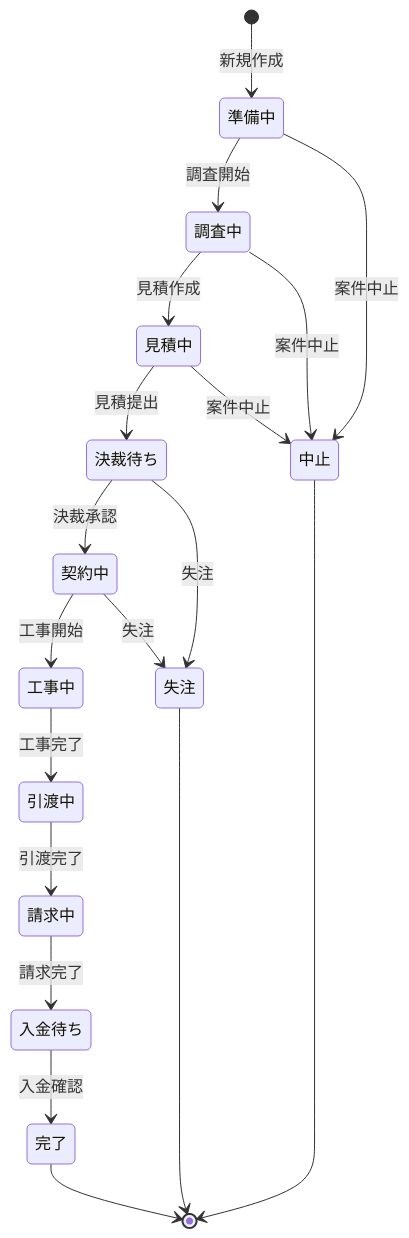
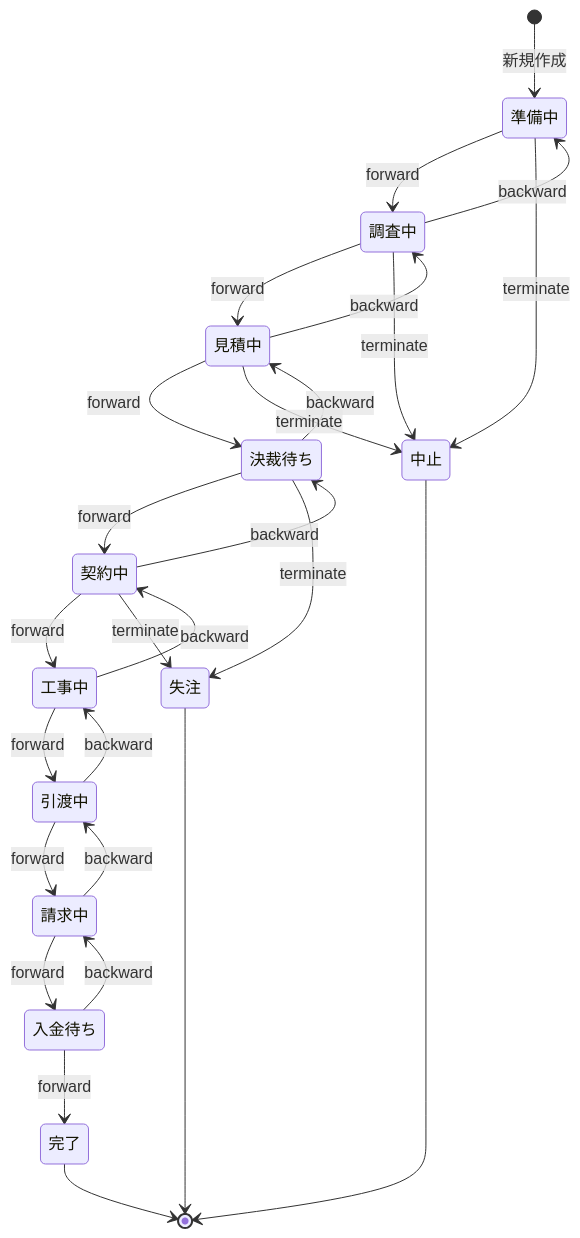
The third of 5 diagrams in .kiro/specs/project-management/design.md (inakanou/ArchiTrack), drawn with Mermaid before and after one commit. The commit also changed other lines of this file and 1 other file, not shown here.

````diff
--- a/.kiro/specs/project-management/design.md
+++ b/.kiro/specs/project-management/design.md
@@ -146,21 +149,36 @@
 ```mermaid
 stateDiagram-v2
     [*] --> 準備中: 新規作成
-    準備中 --> 調査中: 調査開始
-    準備中 --> 中止: 案件中止
-    調査中 --> 見積中: 見積作成
-    調査中 --> 中止: 案件中止
-    見積中 --> 決裁待ち: 見積提出
-    見積中 --> 中止: 案件中止
-    決裁待ち --> 契約中: 決裁承認
-    決裁待ち --> 失注: 失注
-    契約中 --> 工事中: 工事開始
-    契約中 --> 失注: 失注
-    工事中 --> 引渡中: 工事完了
-    引渡中 --> 請求中: 引渡完了
-    請求中 --> 入金待ち: 請求完了
-    入金待ち --> 完了: 入金確認
+
+    %% Forward transitions (順方向遷移)
+    準備中 --> 調査中: forward
+    調査中 --> 見積中: forward
+    見積中 --> 決裁待ち: forward
+    決裁待ち --> 契約中: forward
+    契約中 --> 工事中: forward
+    工事中 --> 引渡中: forward
+    引渡中 --> 請求中: forward
+    請求中 --> 入金待ち: forward
+    入金待ち --> 完了: forward
+
+    %% Backward transitions (差し戻し遷移)
+    調査中 --> 準備中: backward
+    見積中 --> 調査中: backward
+    決裁待ち --> 見積中: backward
+    契約中 --> 決裁待ち: backward
+    工事中 --> 契約中: backward
+    引渡中 --> 工事中: backward
+    請求中 --> 引渡中: backward
+    入金待ち --> 請求中: backward
+
+    %% Terminate transitions (終端遷移)
+    準備中 --> 中止: terminate
+    調査中 --> 中止: terminate
+    見積中 --> 中止: terminate
+    決裁待ち --> 失注: terminate
+    契約中 --> 失注: terminate
+
     完了 --> [*]
     中止 --> [*]
     失注 --> [*]
 ```
````
